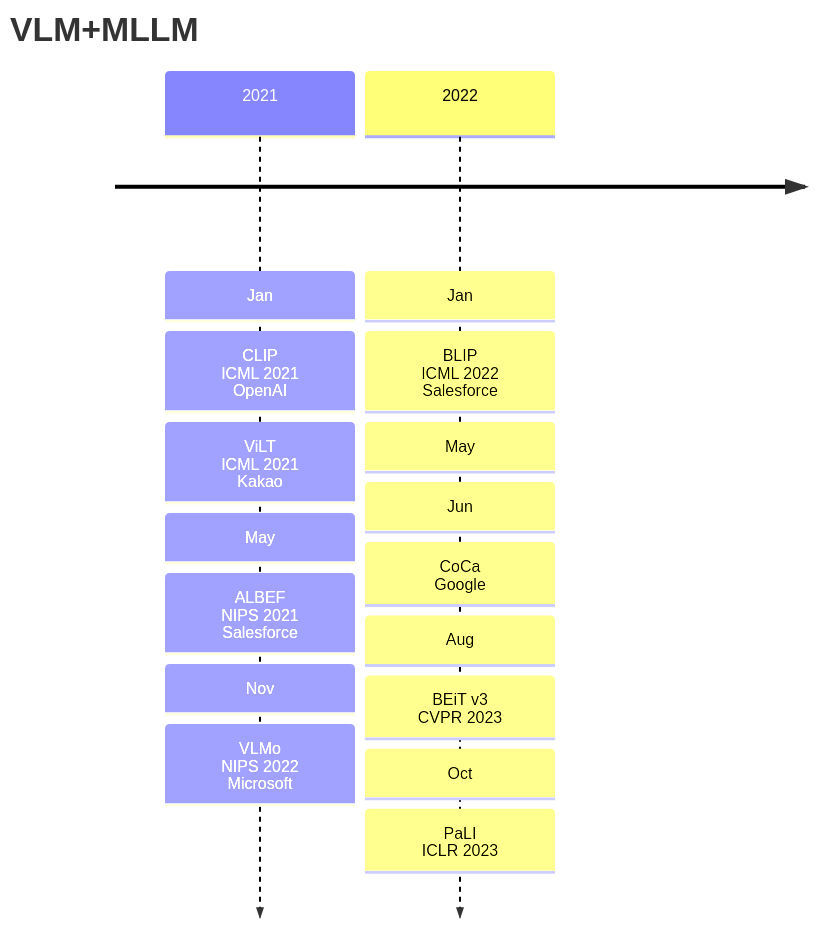
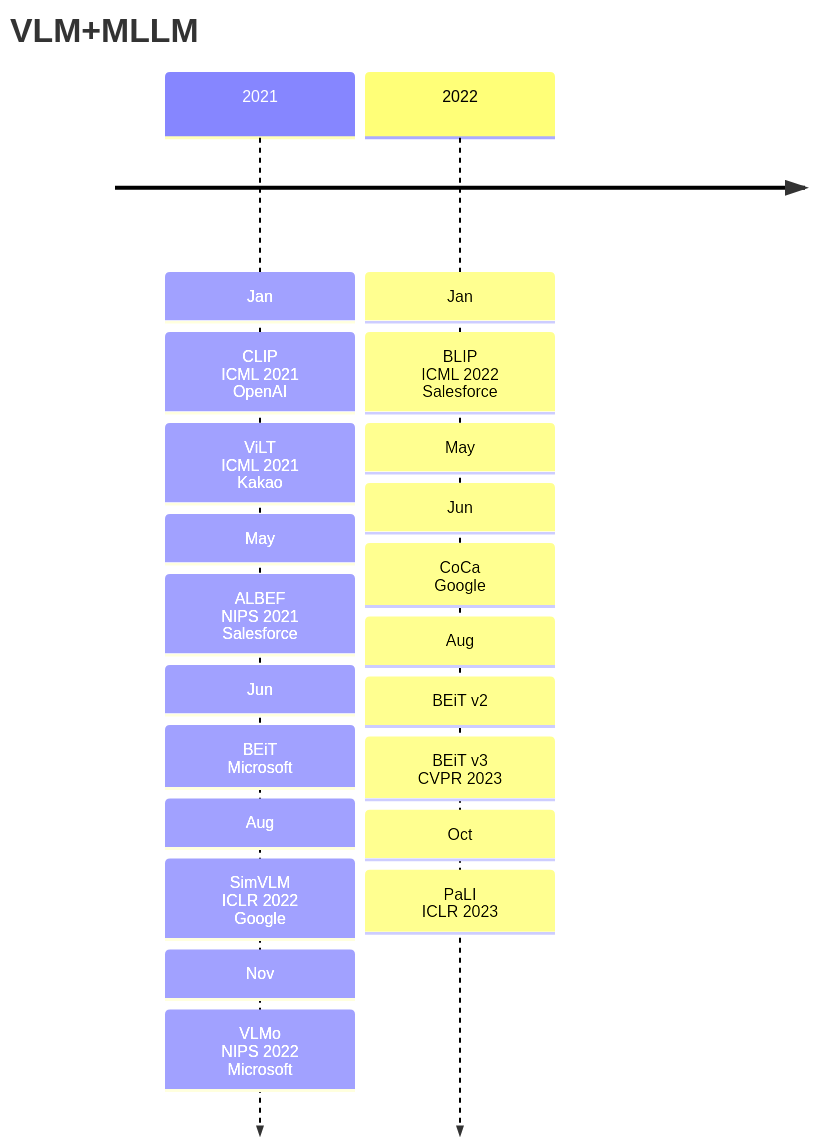
Before and after one commit to Elephant-King9/Paper: the first of 5 diagrams in Base_Model/VLM+VLLM/analyse.md, drawn with Mermaid. The commit also changed other lines of this file and 7 other files, not shown here.

````diff
--- a/Base_Model/VLM+VLLM/analyse.md
+++ b/Base_Model/VLM+VLLM/analyse.md
@@ -5,20 +5,25 @@
 ```mermaid
 timeline
     title VLM+MLLM
     2021 : Jan
     		 : CLIP<br>ICML 2021<br>OpenAI
     		 : ViLT<br>ICML 2021<br>Kakao
     		 : May
     		 : ALBEF<br>NIPS 2021<br>Salesforce
+    		 : Jun
+    		 : BEiT<br>Microsoft
+    		 : Aug
+    		 : SimVLM<br>ICLR 2022<br>Google
     		 : Nov
     		 : VLMo<br>NIPS 2022<br>Microsoft
     2022 : Jan
     		 : BLIP<br>ICML 2022<br>Salesforce
     		 : May
     		 : Jun
     		 : CoCa<br>Google
     		 : Aug
+    		 : BEiT v2<br>
     		 : BEiT v3<br>CVPR 2023
     		 : Oct
     		 : PaLI<br>ICLR 2023
 ```
````
